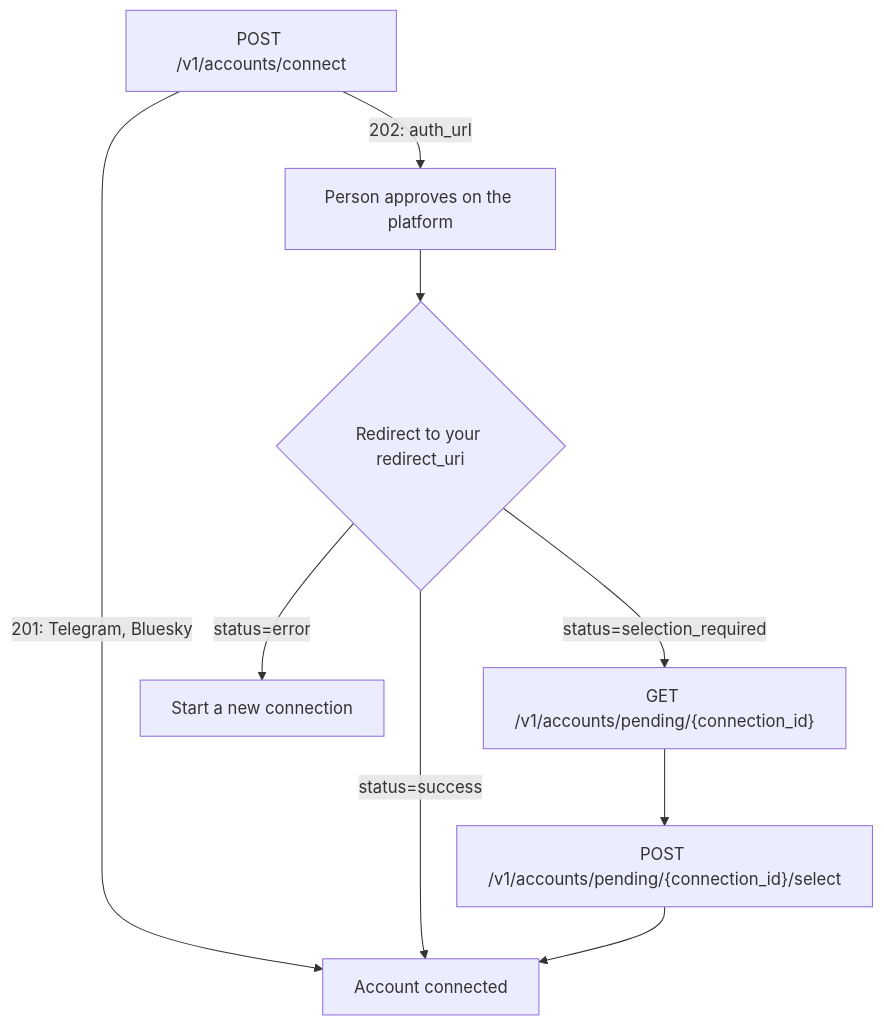
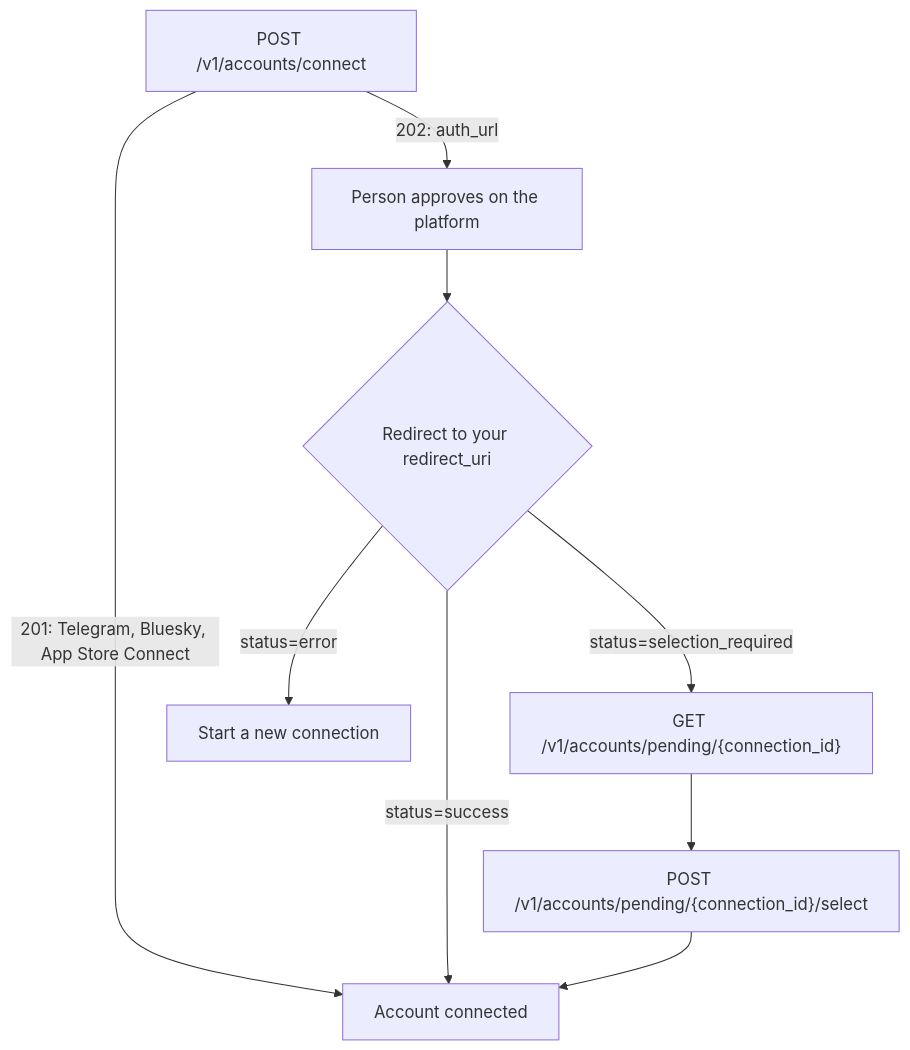
One commit to SocialAPI-AI/docs changed the diagram in guides/connect-accounts.mdx. Above: the diagram before and after it, drawn with Mermaid. The commit also changed other lines of this file and 21 other files, not shown here.

First line of the commit message:
docs(app-store-connect): platform page for the App Store Connect beta

````diff
--- a/guides/connect-accounts.mdx
+++ b/guides/connect-accounts.mdx
@@ -83,11 +83,11 @@
 ```mermaid
 flowchart TD
-    A["POST /v1/accounts/connect"] -->|"201: Telegram, Bluesky"| Z["Account connected"]
+    A["POST /v1/accounts/connect"] -->|"201: Telegram, Bluesky, App Store Connect"| Z["Account connected"]
     A -->|"202: auth_url"| B["Person approves on the platform"]
     B --> C{"Redirect to your redirect_uri"}
     C -->|"status=success"| Z
     C -->|"status=selection_required"| D["GET /v1/accounts/pending/{connection_id}"]
     D --> E["POST /v1/accounts/pending/{connection_id}/select"]
     E --> Z
     C -->|"status=error"| F["Start a new connection"]
 ```
````
